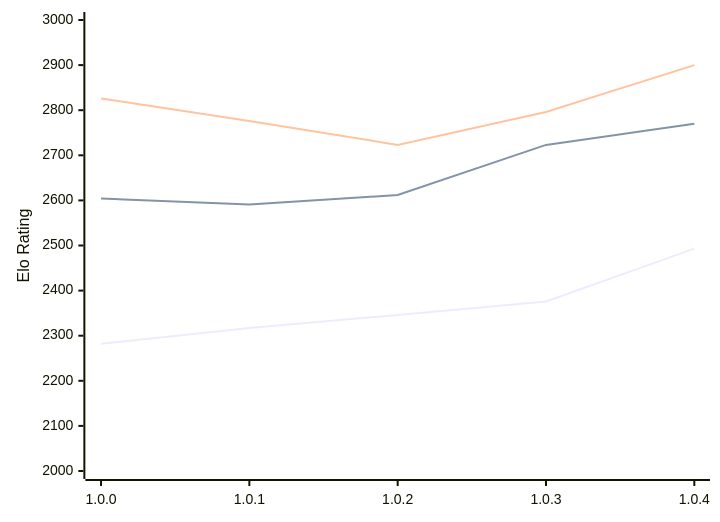
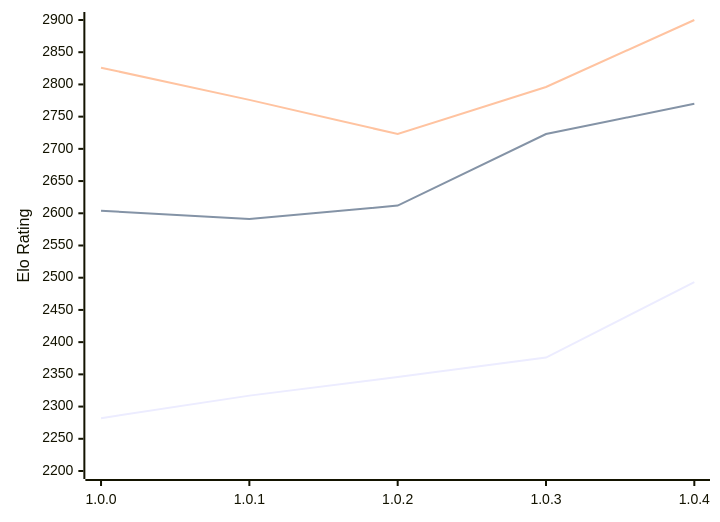
One commit to computer-chess-index/cci changed the diagram in engines/Grail.md. Above: the diagram before and after it, drawn with Mermaid. The commit also changed other lines of this file, not shown here.

Commit message:
Update CCI Ratings (ELO VLTC) - 2026-02-10

````diff
--- a/engines/Grail.md
+++ b/engines/Grail.md
@@ -32,9 +32,9 @@
 ```mermaid
 %%{init: {"theme":"base","themeVariables":{"seriesColors:['#a3a3a3','#222221','#faa371']}}}%%
 xychart-beta
   x-axis ["1.0.0", "1.0.1", "1.0.2", "1.0.3", "1.0.4"]
-  y-axis "Elo Rating" 2000 --> 3000
+  y-axis "Elo Rating" 2200 --> 2900
   line "STC (8.0+0.08s)" [2282, 2317, 2346, 2376, 2493]
   line "LTC (60.0+0.60s)" [2604, 2591, 2612, 2723, 2770]
   line "VLTC (2m24s+1.12s)" [2826, 2776, 2723, 2796, 2900]
 ```
````
